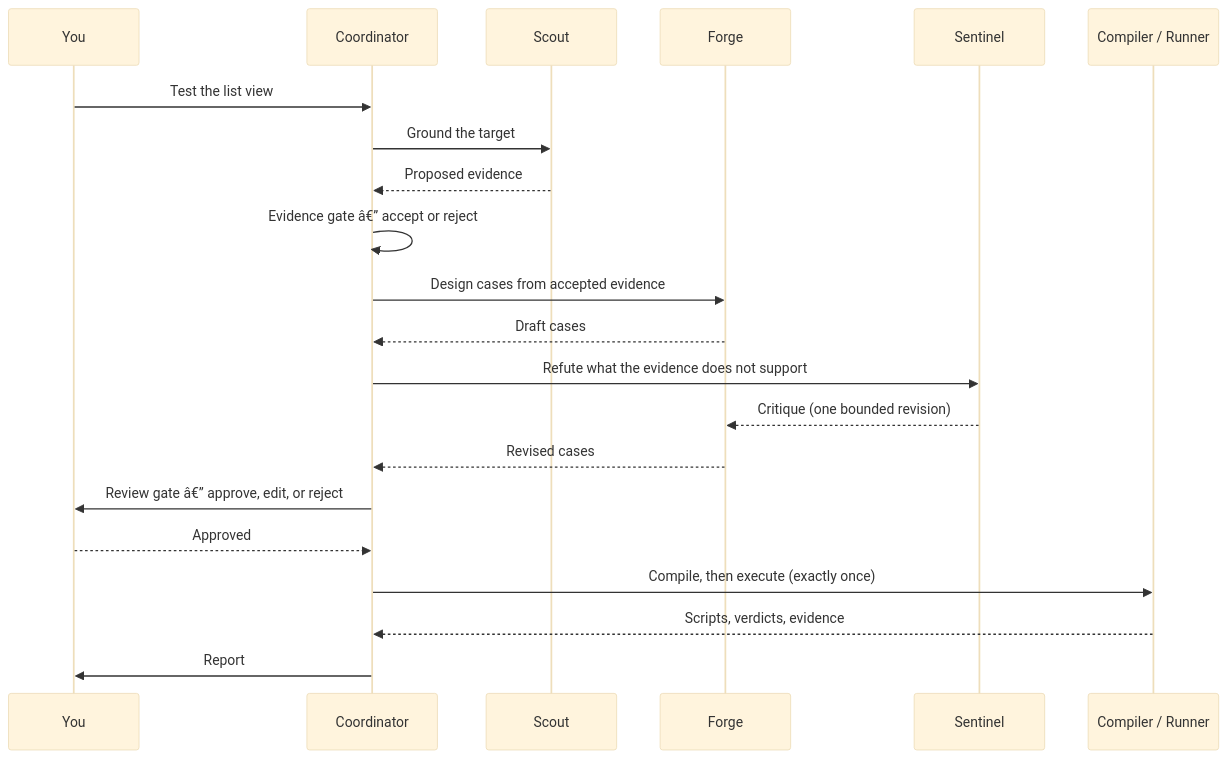
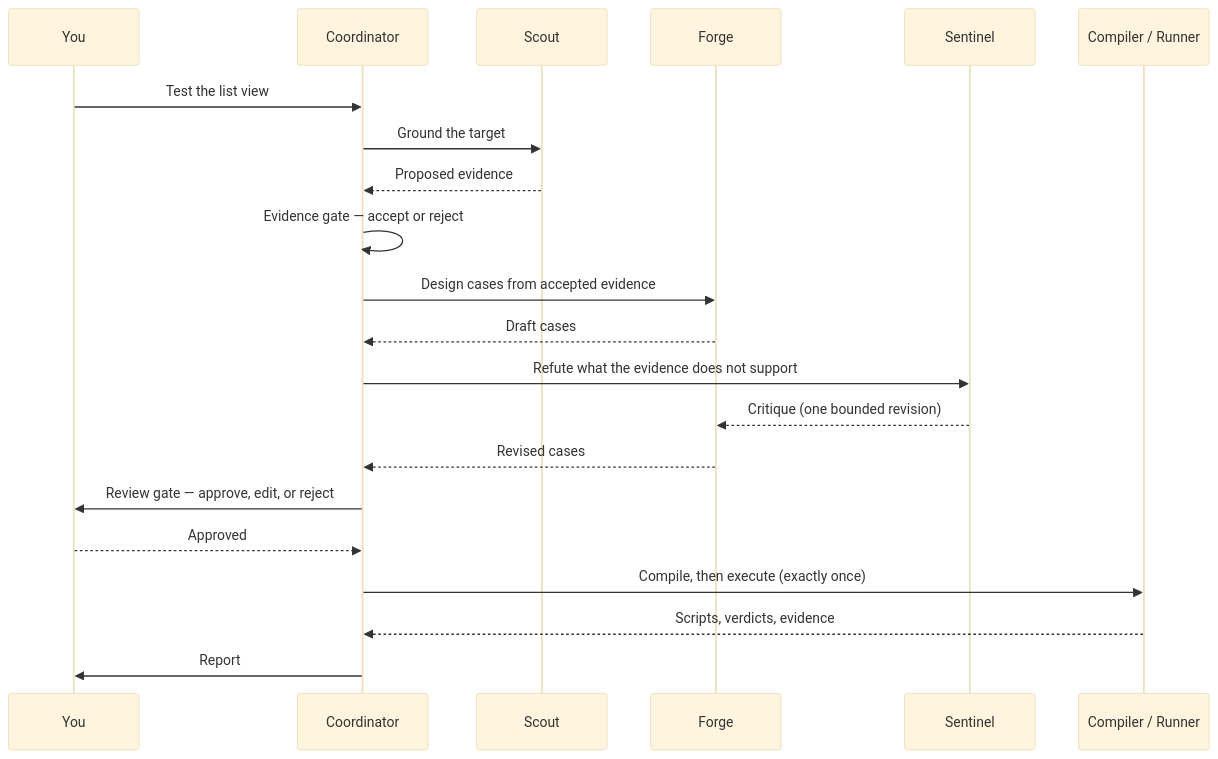
The sixth of 6 diagrams in docs/application-guide.md (srinivasravula18/core-platform-automation), drawn with Mermaid (base theme) before and after one commit. The commit also changed other lines of this file, not shown here.

````diff
--- a/docs/application-guide.md
+++ b/docs/application-guide.md
@@ -417,24 +417,24 @@
 ```mermaid
 sequenceDiagram
     participant You
     participant Coord as Coordinator
     participant Scout
     participant Forge
     participant Sentinel
     participant Cap as Compiler / Runner
 
     You->>Coord: Test the list view
     Coord->>Scout: Ground the target
     Scout-->>Coord: Proposed evidence
-    Coord->>Coord: Evidence gate â€” accept or reject
+    Coord->>Coord: Evidence gate — accept or reject
     Coord->>Forge: Design cases from accepted evidence
     Forge-->>Coord: Draft cases
     Coord->>Sentinel: Refute what the evidence does not support
     Sentinel-->>Forge: Critique (one bounded revision)
     Forge-->>Coord: Revised cases
-    Coord->>You: Review gate â€” approve, edit, or reject
+    Coord->>You: Review gate — approve, edit, or reject
     You-->>Coord: Approved
     Coord->>Cap: Compile, then execute (exactly once)
     Cap-->>Coord: Scripts, verdicts, evidence
     Coord->>You: Report
 ```
````
